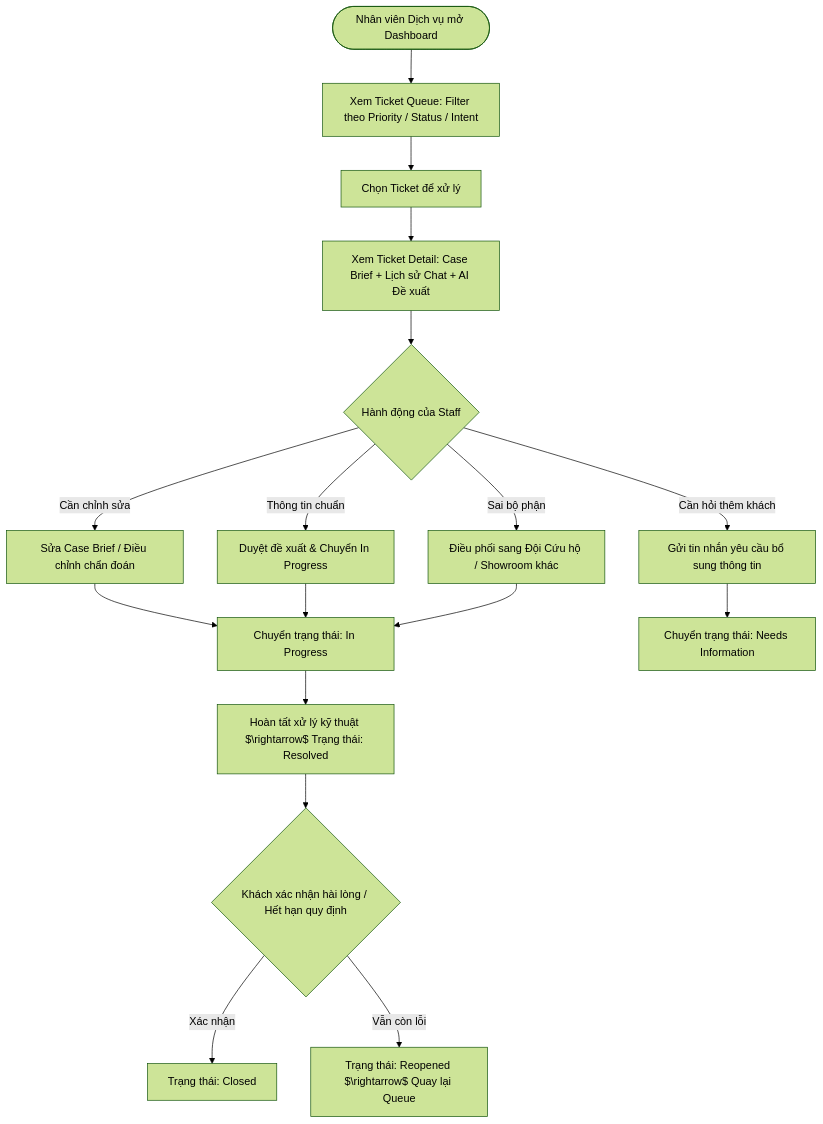
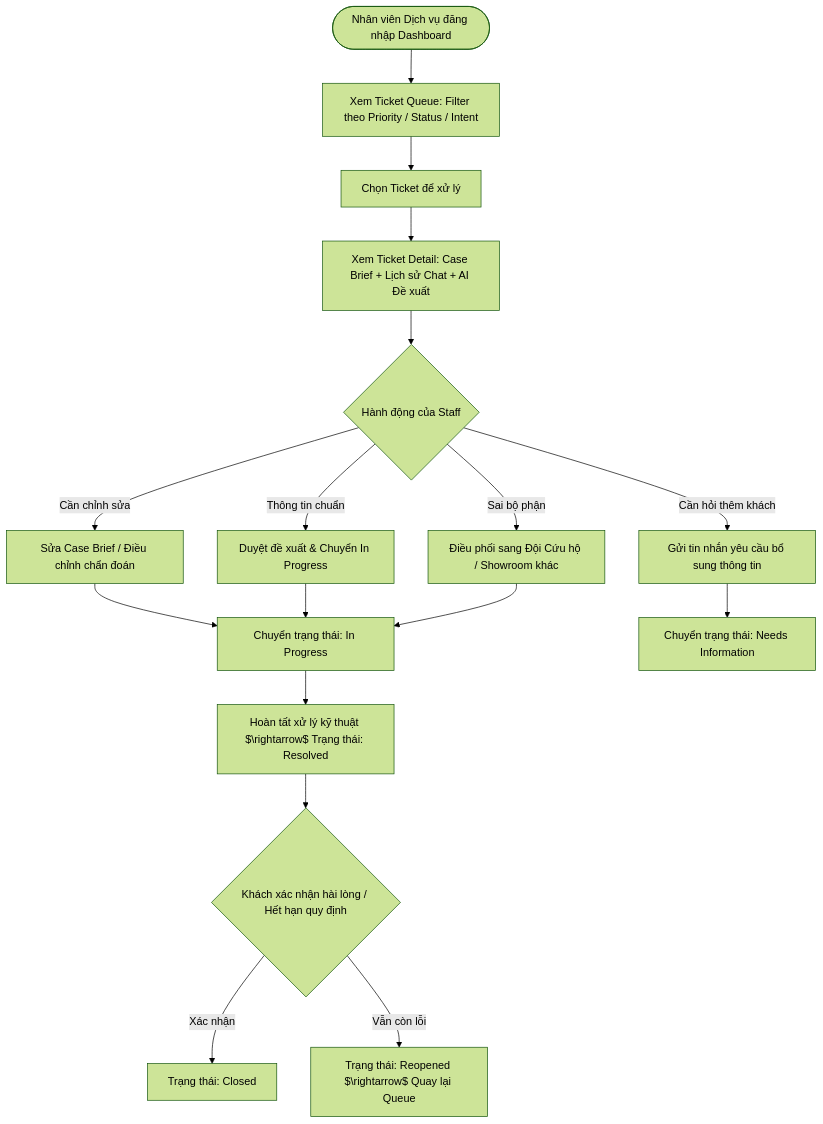
Before and after one commit to TheViet298/viet-ai: the second of 2 diagrams in docs/product/user-flows.md, drawn with Mermaid (forest theme). The commit also changed other lines of this file and 14 other files, not shown here.

Commit message:
docs: update architecture, design, and specifications

````diff
--- a/docs/product/user-flows.md
+++ b/docs/product/user-flows.md
@@ -57,23 +64,23 @@
 ```mermaid
 flowchart TD
-    StaffLogin([Nhân viên Dịch vụ mở Dashboard]) --> ViewQueue[Xem Ticket Queue: Filter theo Priority / Status / Intent]
+    StaffLogin([Nhân viên Dịch vụ đăng nhập Dashboard]) --> ViewQueue[Xem Ticket Queue: Filter theo Priority / Status / Intent]
     ViewQueue --> SelectTicket[Chọn Ticket để xử lý]
     SelectTicket --> ViewDetail[Xem Ticket Detail: Case Brief + Lịch sử Chat + AI Đề xuất]
     
     ViewDetail --> StaffAction{Hành động của Staff}
     
     StaffAction -->|Thông tin chuẩn| Approve[Duyệt đề xuất & Chuyển In Progress]
     StaffAction -->|Cần chỉnh sửa| EditBrief[Sửa Case Brief / Điều chỉnh chẩn đoán]
     StaffAction -->|Sai bộ phận| Reroute[Điều phối sang Đội Cứu hộ / Showroom khác]
     StaffAction -->|Cần hỏi thêm khách| AskCustomer[Gửi tin nhắn yêu cầu bổ sung thông tin]
     
     EditBrief --> InProgress[Chuyển trạng thái: In Progress]
     Approve --> InProgress
     Reroute --> InProgress
     AskCustomer --> AwaitingCust[Chuyển trạng thái: Needs Information]
     
     InProgress --> ResolveTicket[Hoàn tất xử lý kỹ thuật $\rightarrow$ Trạng thái: Resolved]
     ResolveTicket --> ConfirmCustomer{Khách xác nhận hài lòng / Hết hạn quy định}
     ConfirmCustomer -->|Xác nhận| CloseTicket[Trạng thái: Closed]
     ConfirmCustomer -->|Vẫn còn lỗi| ReopenTicket[Trạng thái: Reopened $\rightarrow$ Quay lại Queue]
 ```
````
